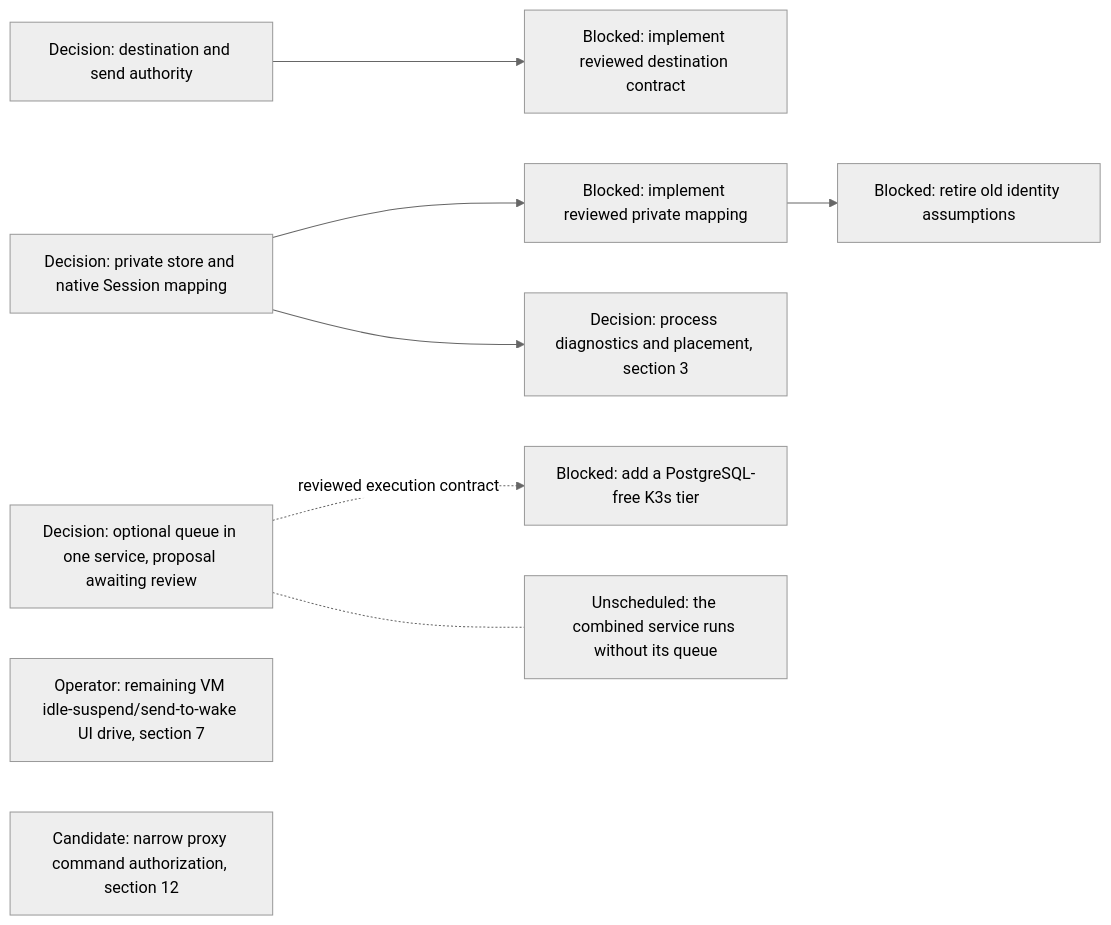
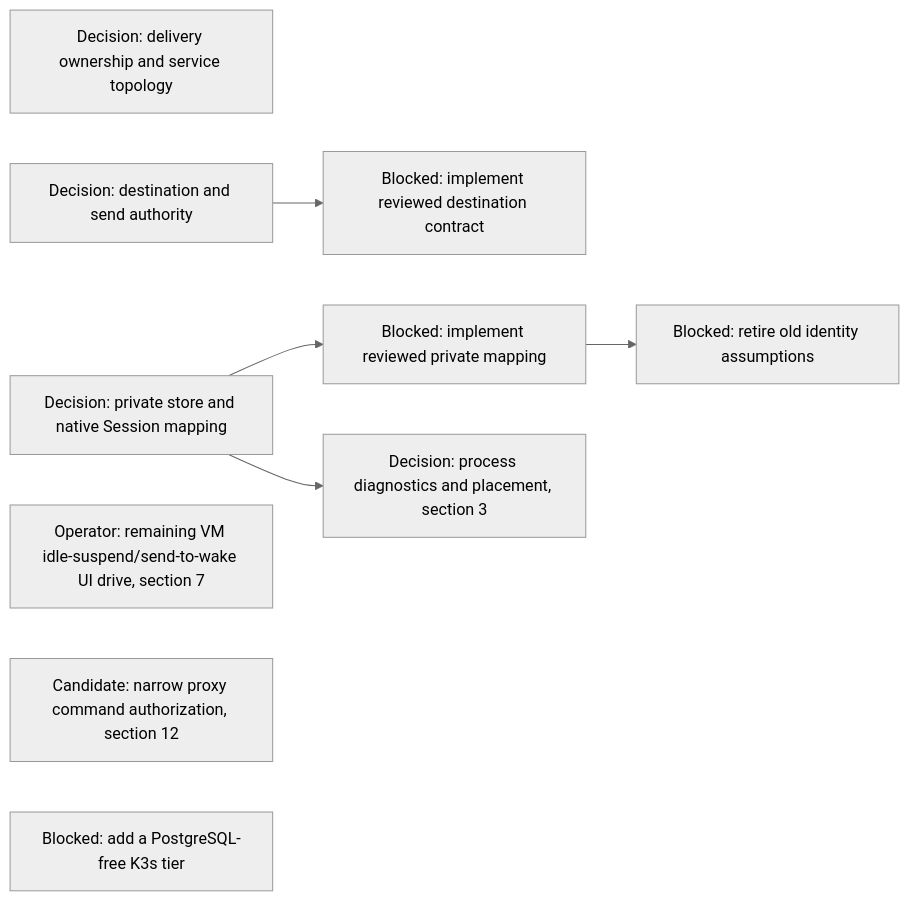
One commit to agentydragon/ducktape changed diagram 15 of 18 in agentplane/plans/task_dag.md. Above: the diagram before and after it, drawn with Mermaid (neutral theme). The commit also changed other lines of this file and 4 other files, not shown here.

````diff
--- a/agentplane/plans/task_dag.md
+++ b/agentplane/plans/task_dag.md
@@ -2047,19 +2050,17 @@
 ```mermaid
 flowchart LR
-    DISPATCHER_PERSISTENCE_MODEL_DESIGN[Decision: optional queue in one service, proposal awaiting review]
+    DISPATCHER_PERSISTENCE_MODEL_DESIGN[Decision: delivery ownership and service topology]
     DELIVERY_DESTINATION_AUTHORITY_DESIGN[Decision: destination and send authority]
     DELIVERY_DESTINATION_CONTRACT[Blocked: implement reviewed destination contract]
     HARNESS_IDENTITY_DESIGN[Decision: private store and native Session mapping]
     RUNNER_STORE_SESSION_IDENTITY[Blocked: implement reviewed private mapping]
     RUNNER_IDENTITY_LEGACY_CLEANUP[Blocked: retire old identity assumptions]
     IDLE_SUSPEND_UI_DRIVE[Operator: remaining VM idle-suspend/send-to-wake UI drive, section 7]
     PROXY_START_METHODS_DISPATCHER_ONLY[Candidate: narrow proxy command authorization, section 12]
     RUNNER_HARNESS_OBJECTS_DESIGN[Decision: process diagnostics and placement, section 3]
     CNPG_FREE_K3S_INTEGRATION_TIER[Blocked: add a PostgreSQL-free K3s tier]
     DELIVERY_DESTINATION_AUTHORITY_DESIGN --> DELIVERY_DESTINATION_CONTRACT
     RUNNER_STORE_SESSION_IDENTITY --> RUNNER_IDENTITY_LEGACY_CLEANUP
     HARNESS_IDENTITY_DESIGN --> RUNNER_STORE_SESSION_IDENTITY
     HARNESS_IDENTITY_DESIGN --> RUNNER_HARNESS_OBJECTS_DESIGN
-    DISPATCHER_PERSISTENCE_MODEL_DESIGN -. reviewed execution contract .-> CNPG_FREE_K3S_INTEGRATION_TIER
-    DISPATCHER_PERSISTENCE_MODEL_DESIGN -.- DISPATCHER_QUEUE_OPTIONAL[Unscheduled: the combined service runs without its queue]
 ```
````
